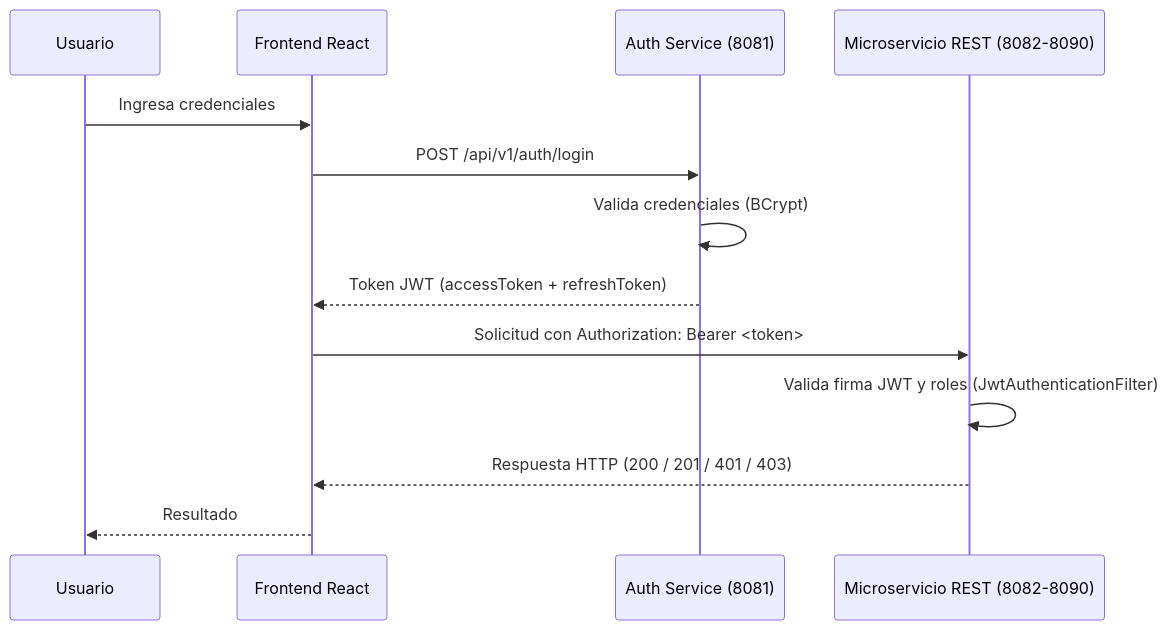
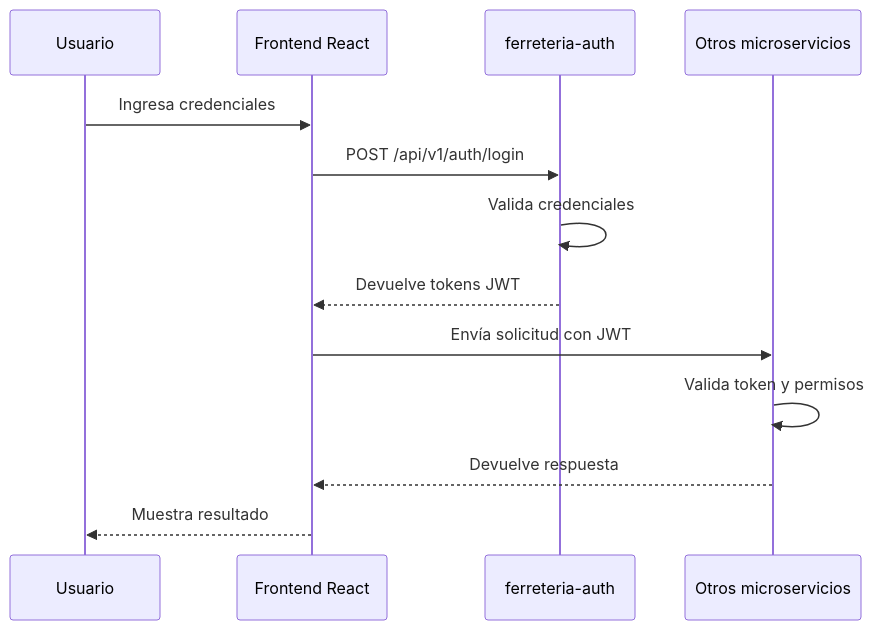
Before and after one commit to kevishowardgonzalez/ferreteria-backend: the third of 4 diagrams in README.md, drawn with Mermaid. The commit also changed other lines of this file, not shown here.

````diff
--- a/README.md
+++ b/README.md
@@ -477,16 +461,16 @@
 ```mermaid
 sequenceDiagram
     participant U as Usuario
     participant F as Frontend React
-    participant A as Auth Service (8081)
-    participant B as Microservicio REST (8082-8090)
+    participant A as ferreteria-auth
+    participant B as Otros microservicios
 
     U->>F: Ingresa credenciales
     F->>A: POST /api/v1/auth/login
-    A->>A: Valida credenciales (BCrypt)
-    A-->>F: Token JWT (accessToken + refreshToken)
-    F->>B: Solicitud con Authorization: Bearer <token>
-    B->>B: Valida firma JWT y roles (JwtAuthenticationFilter)
-    B-->>F: Respuesta HTTP (200 / 201 / 401 / 403)
-    F-->>U: Resultado
+    A->>A: Valida credenciales
+    A-->>F: Devuelve tokens JWT
+    F->>B: Envía solicitud con JWT
+    B->>B: Valida token y permisos
+    B-->>F: Devuelve respuesta
+    F-->>U: Muestra resultado
 ```
````
